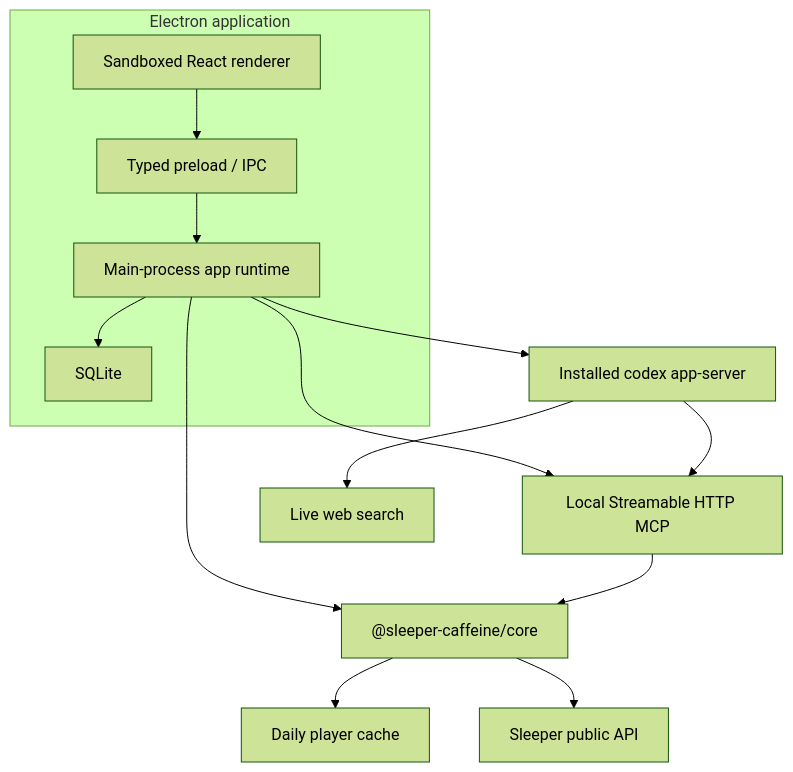
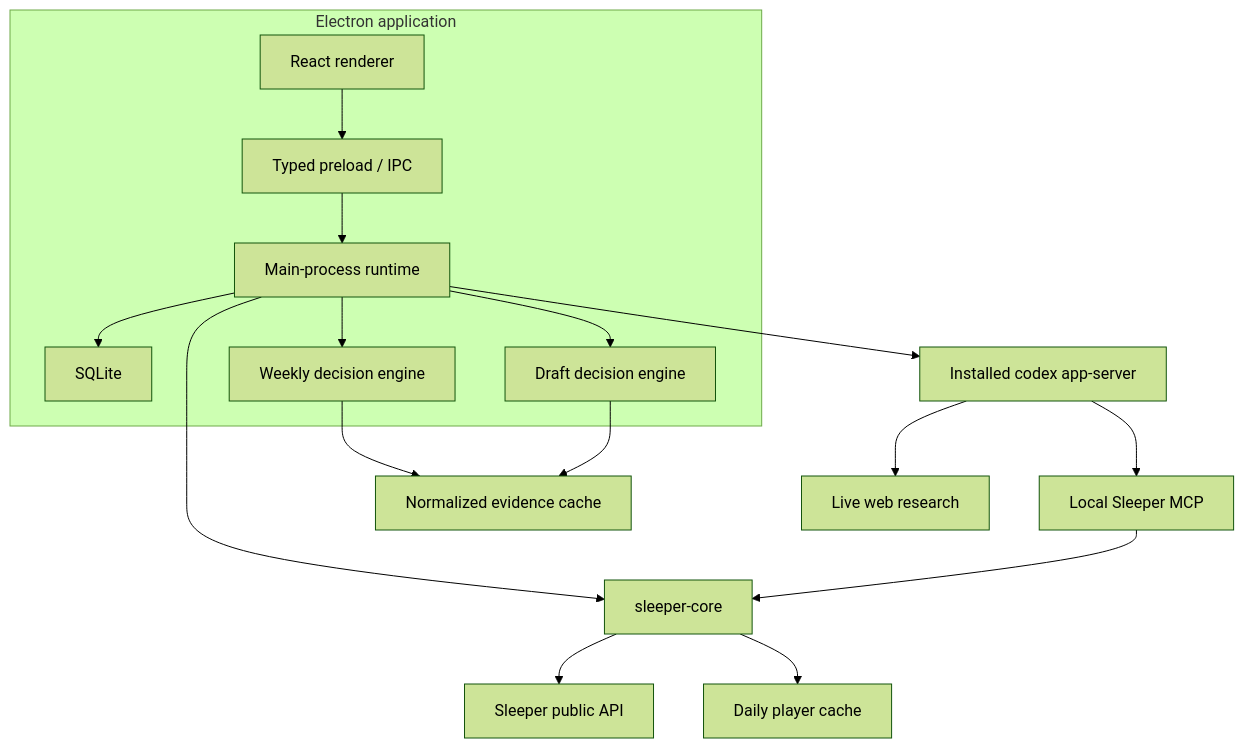
Before and after one commit to chadnickbok/sleeper-caffeine: the diagram in PLAN.md, drawn with Mermaid (forest theme). The commit also changed other lines of this file and 89 other files, not shown here.

````diff
--- a/PLAN.md
+++ b/PLAN.md
@@ -44,20 +103,25 @@
 ```mermaid
 flowchart TB
     subgraph Desktop["Electron application"]
-      UI["Sandboxed React renderer"]
+      UI["React renderer"]
       IPC["Typed preload / IPC"]
-      Runtime["Main-process app runtime"]
-      DB["SQLite"]
+      Runtime["Main-process runtime"]
+      Store["SQLite"]
+      Weekly["Weekly decision engine"]
+      Draft["Draft decision engine"]
       UI --> IPC --> Runtime
-      Runtime --> DB
+      Runtime --> Store
+      Runtime --> Weekly
+      Runtime --> Draft
     end
 
-    Runtime --> Core["@sleeper-caffeine/core"]
+    Runtime --> Core["sleeper-core"]
     Runtime --> Codex["Installed codex app-server"]
-    Runtime --> Bridge["Local Streamable HTTP MCP"]
-    Bridge --> Core
-    Core --> Cache["Daily player cache"]
+    Codex --> MCP["Local Sleeper MCP"]
+    MCP --> Core
     Core --> Sleeper["Sleeper public API"]
-    Codex --> Bridge
-    Codex --> Search["Live web search"]
+    Core --> PlayerCache["Daily player cache"]
+    Weekly --> Evidence["Normalized evidence cache"]
+    Draft --> Evidence
+    Codex --> Search["Live web research"]
 ```
````
